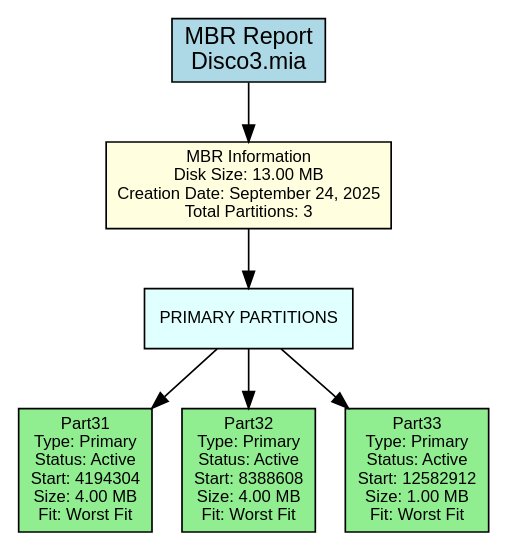
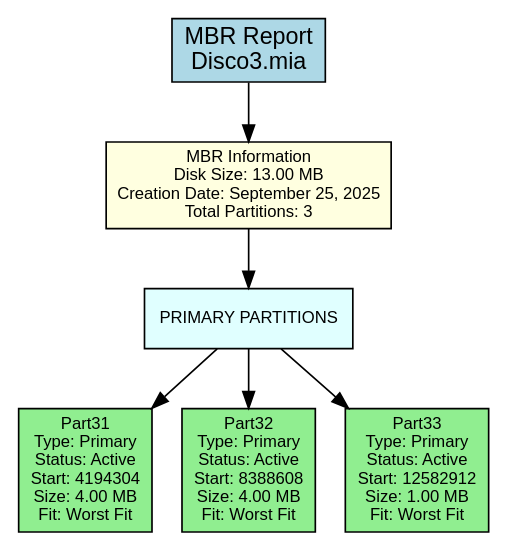
One commit to DiegVas/MIA_2S2025_P2_202300638 changed the diagram in backend/provider/reports/src/mbr_382B.dot. Above: the diagram before and after it, drawn with Graphviz. The commit also changed 27 other files, not shown here.

```diff
--- a/backend/provider/reports/src/mbr_382B.dot
+++ b/backend/provider/reports/src/mbr_382B.dot
@@ -1,22 +1,22 @@
 digraph MBR_Report {
     rankdir=TB;
     node [shape=box, style=filled];
     graph [fontname="Arial", fontsize=12];
     node [fontname="Arial", fontsize=10];
     edge [fontname="Arial"];
 
     title [label="MBR Report\nDisco3.mia", fillcolor=lightblue, fontsize=14];
 
-    mbr_info [label="MBR Information\nDisk Size: 13.00 MB\nCreation Date: September 24, 2025\nTotal Partitions: 3", fillcolor=lightyellow];
+    mbr_info [label="MBR Information\nDisk Size: 13.00 MB\nCreation Date: September 25, 2025\nTotal Partitions: 3", fillcolor=lightyellow];
 
     primary_section [label="PRIMARY PARTITIONS", shape=box, style=filled, fillcolor=lightcyan];
     primary_0 [label="Part31\nType: Primary\nStatus: Active\nStart: 4194304\nSize: 4.00 MB\nFit: Worst Fit", fillcolor=lightgreen];
     primary_section -> primary_0;
     primary_1 [label="Part32\nType: Primary\nStatus: Active\nStart: 8388608\nSize: 4.00 MB\nFit: Worst Fit", fillcolor=lightgreen];
     primary_section -> primary_1;
     primary_2 [label="Part33\nType: Primary\nStatus: Active\nStart: 12582912\nSize: 1.00 MB\nFit: Worst Fit", fillcolor=lightgreen];
     primary_section -> primary_2;
 
     title -> mbr_info;
     mbr_info -> primary_section;
 }
```
